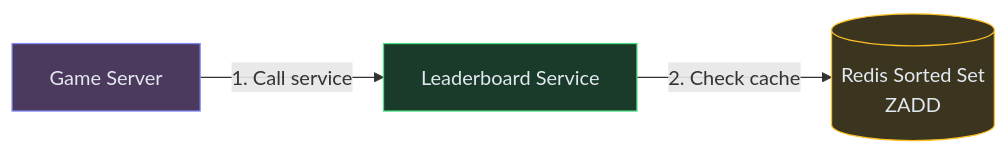
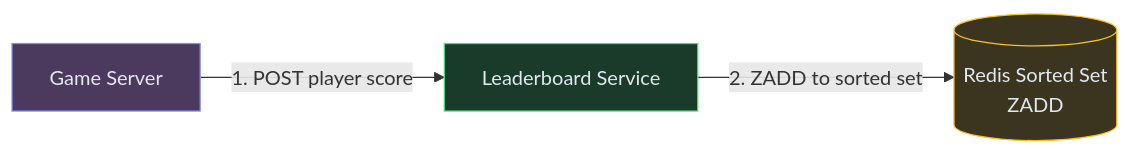
The second of 7 diagrams in content/hld/Leaderboard.md (iluzn/HLD-Designs), drawn with Mermaid before and after one commit. The commit also changed other lines of this file and 27 other files, not shown here.

````diff
--- a/content/hld/Leaderboard.md
+++ b/content/hld/Leaderboard.md
@@ -151,13 +151,13 @@
 ```mermaid
 flowchart LR
     GAME["Game Server"]:::client
     API["Leaderboard Service"]:::service
     REDIS[("Redis Sorted Set<br/>ZADD")]:::data
 
-    GAME -->|"1. Call service"| API
-    API -->|"2. Check cache"| REDIS
+    GAME -->|"1. POST player score"| API
+    API -->|"2. ZADD to sorted set"| REDIS
 
     classDef client fill:#4c3a5e,stroke:#818cf8,color:#e2e8f0
     classDef service fill:#1a3a2a,stroke:#4ade80,color:#e2e8f0
     classDef data fill:#3b3520,stroke:#fbbf24,color:#e2e8f0
 ```
````
